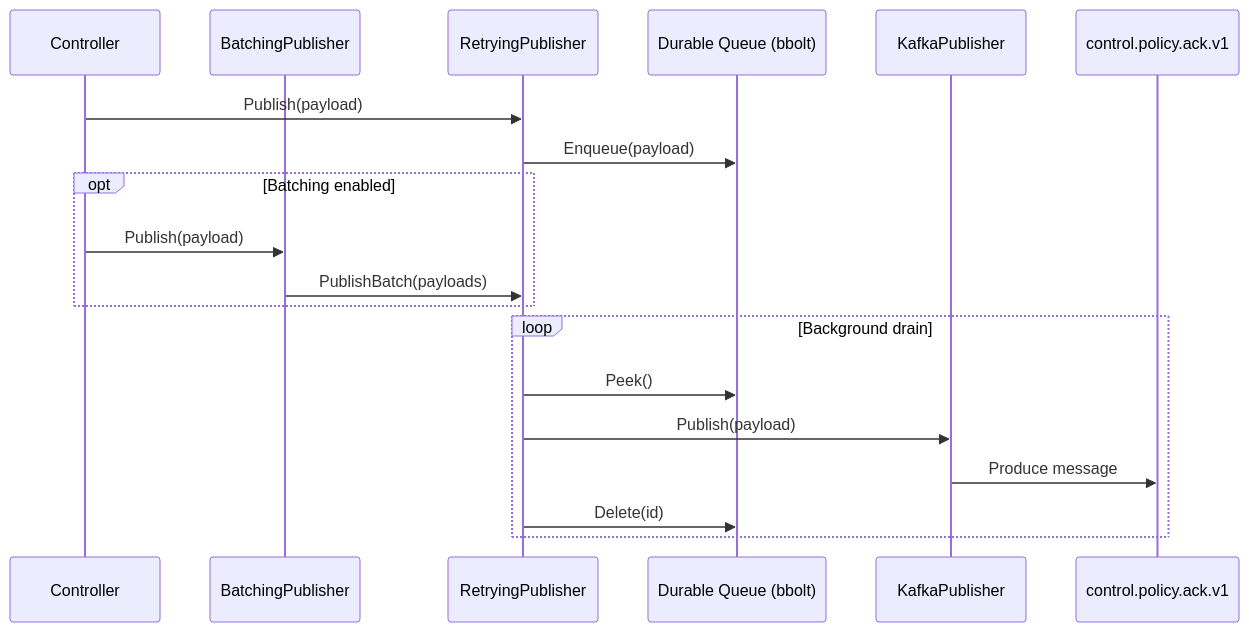
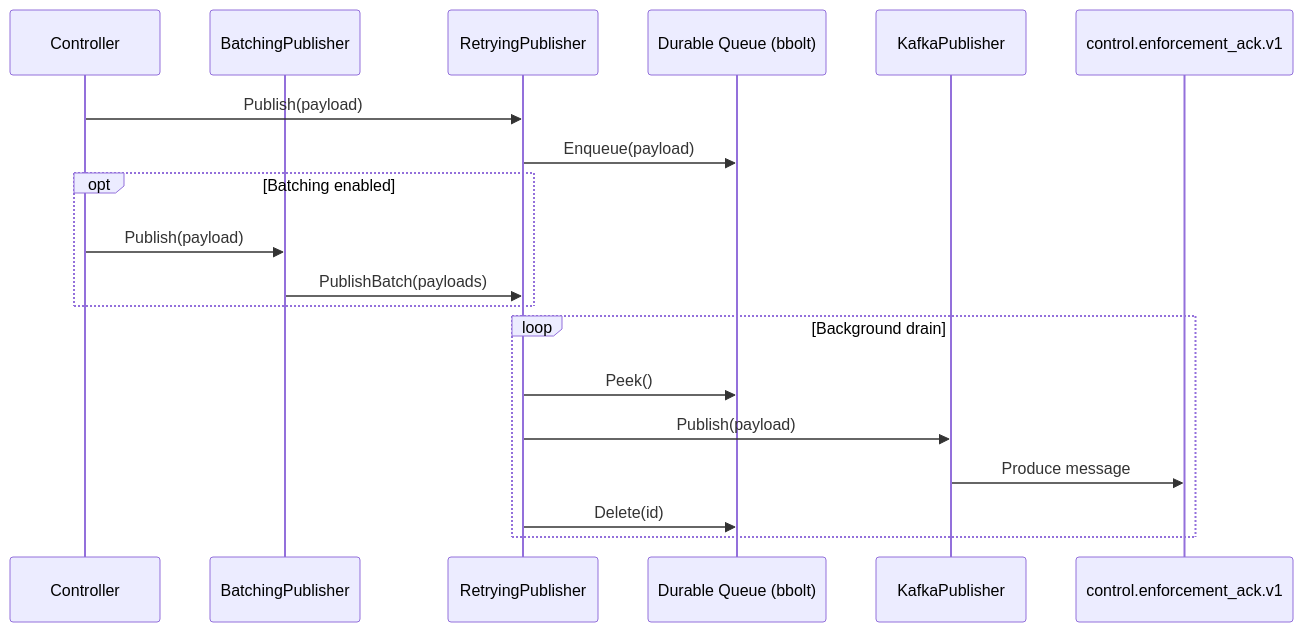
Before and after one commit to EveShark/CyberMesh: the ninth of 12 diagrams in docs/design/LLD-enforcement-agent.md, drawn with Mermaid. The commit also changed other lines of this file and 49 other files, not shown here.

````diff
--- a/docs/design/LLD-enforcement-agent.md
+++ b/docs/design/LLD-enforcement-agent.md
@@ -277,24 +348,24 @@
 ```mermaid
 sequenceDiagram
     participant C as Controller
     participant B as BatchingPublisher
     participant R as RetryingPublisher
     participant Q as Durable Queue (bbolt)
     participant KP as KafkaPublisher
-    participant Kafka as control.policy.ack.v1
+    participant Kafka as control.enforcement_ack.v1
     
     C->>R: Publish(payload)
     R->>Q: Enqueue(payload)
     
     opt Batching enabled
         C->>B: Publish(payload)
         B->>R: PublishBatch(payloads)
     end
     
     loop Background drain
         R->>Q: Peek()
         R->>KP: Publish(payload)
         KP->>Kafka: Produce message
         R->>Q: Delete(id)
     end
 ```
````
